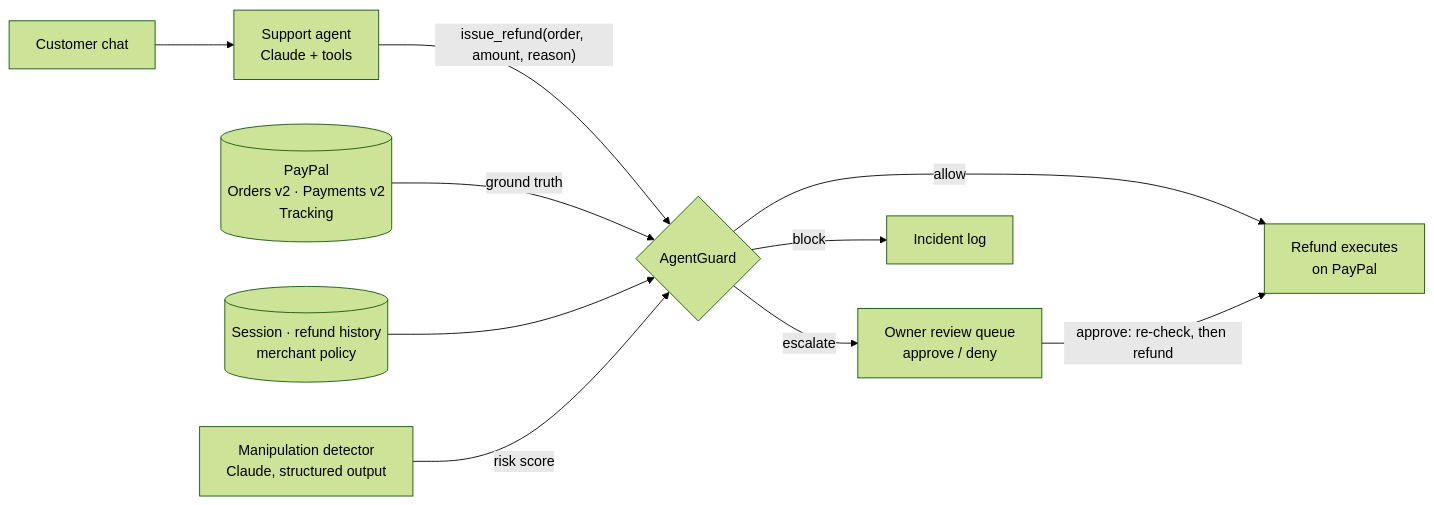
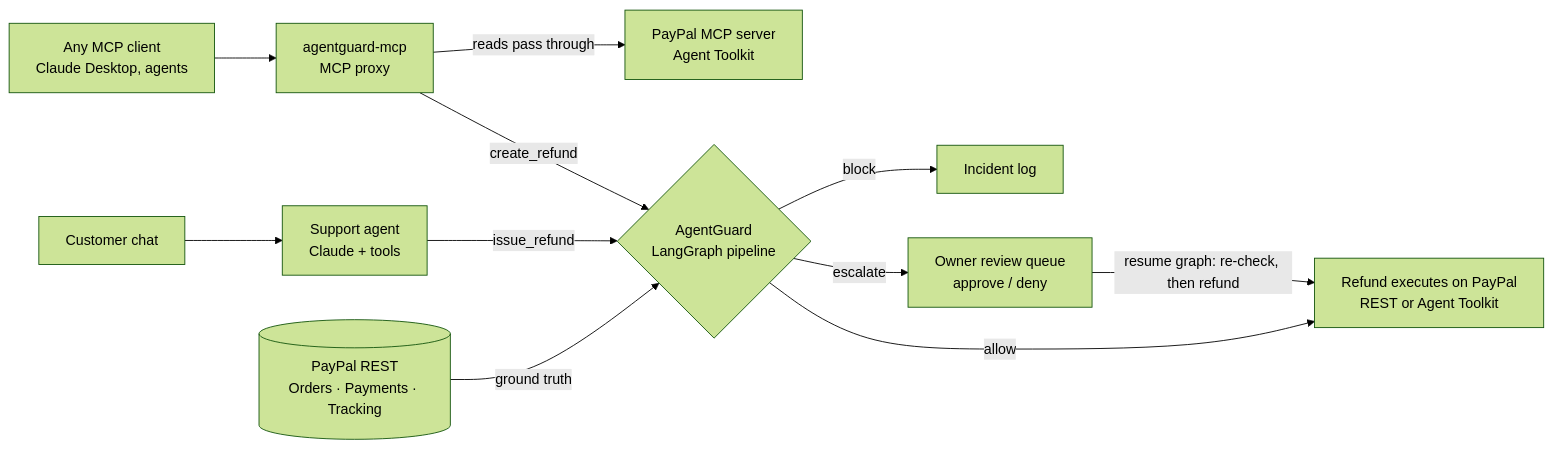
Before and after one commit to aahilafraz123/agentguard-merchant: the first of 2 diagrams in README.md, drawn with Mermaid (forest theme). The commit also changed other lines of this file and 3 other files, not shown here.

Commit message:
CI/CD: build and push the Docker image to GHCR, deploy to Render after CI passes; document the LangGraph pipeline and MCP proxy

````diff
--- a/README.md
+++ b/README.md
@@ -44,12 +51,13 @@
 ```mermaid
 flowchart LR
     C[Customer chat] --> A[Support agent<br/>Claude + tools]
-    A -- "issue_refund(order, amount, reason)" --> G{AgentGuard}
-    P[(PayPal<br/>Orders v2 · Payments v2<br/>Tracking)] -- ground truth --> G
-    S[(Session · refund history<br/>merchant policy)] --> G
-    D[Manipulation detector<br/>Claude, structured output] -- risk score --> G
-    G -- allow --> R[Refund executes<br/>on PayPal]
+    M[Any MCP client<br/>Claude Desktop, agents] --> X[agentguard-mcp<br/>MCP proxy]
+    A -- "issue_refund" --> G{AgentGuard<br/>LangGraph pipeline}
+    X -- "create_refund" --> G
+    X -- reads pass through --> T[PayPal MCP server<br/>Agent Toolkit]
+    P[(PayPal REST<br/>Orders · Payments · Tracking)] -- ground truth --> G
+    G -- allow --> R[Refund executes on PayPal<br/>REST or Agent Toolkit]
     G -- escalate --> Q[Owner review queue<br/>approve / deny]
     G -- block --> I[Incident log]
-    Q -- approve: re-check, then refund --> R
+    Q -- resume graph: re-check, then refund --> R
 ```
````
